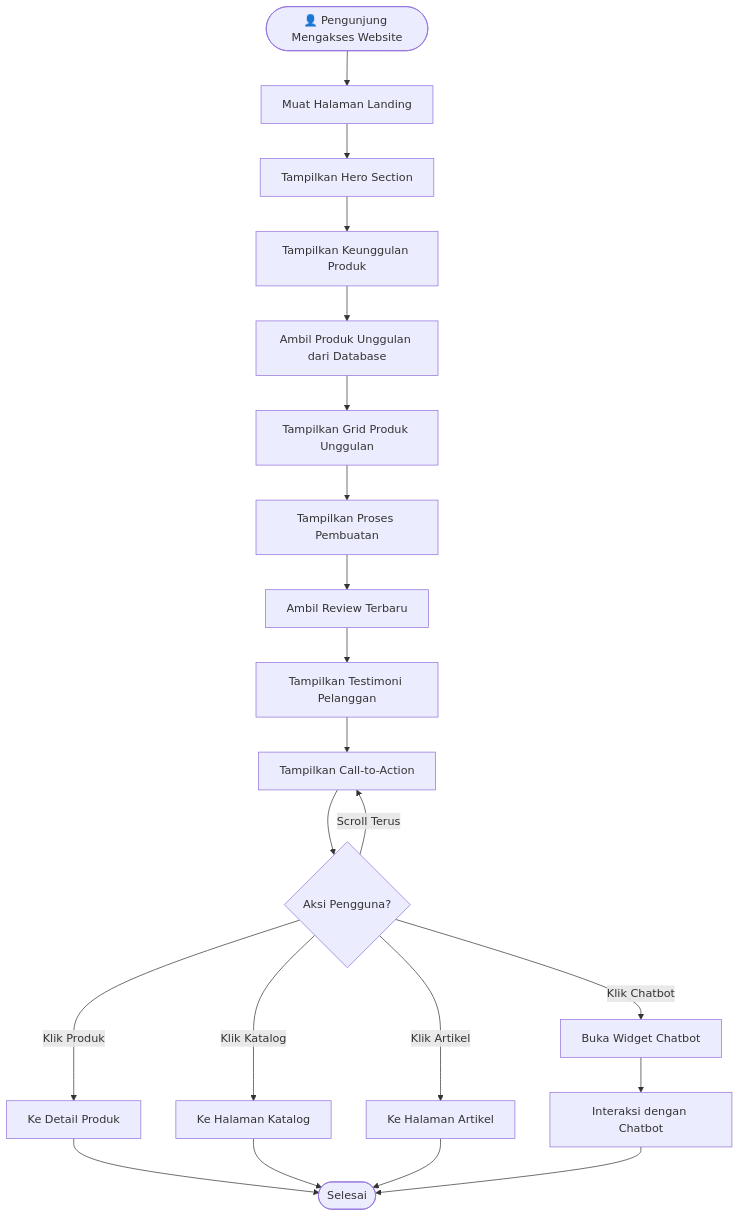
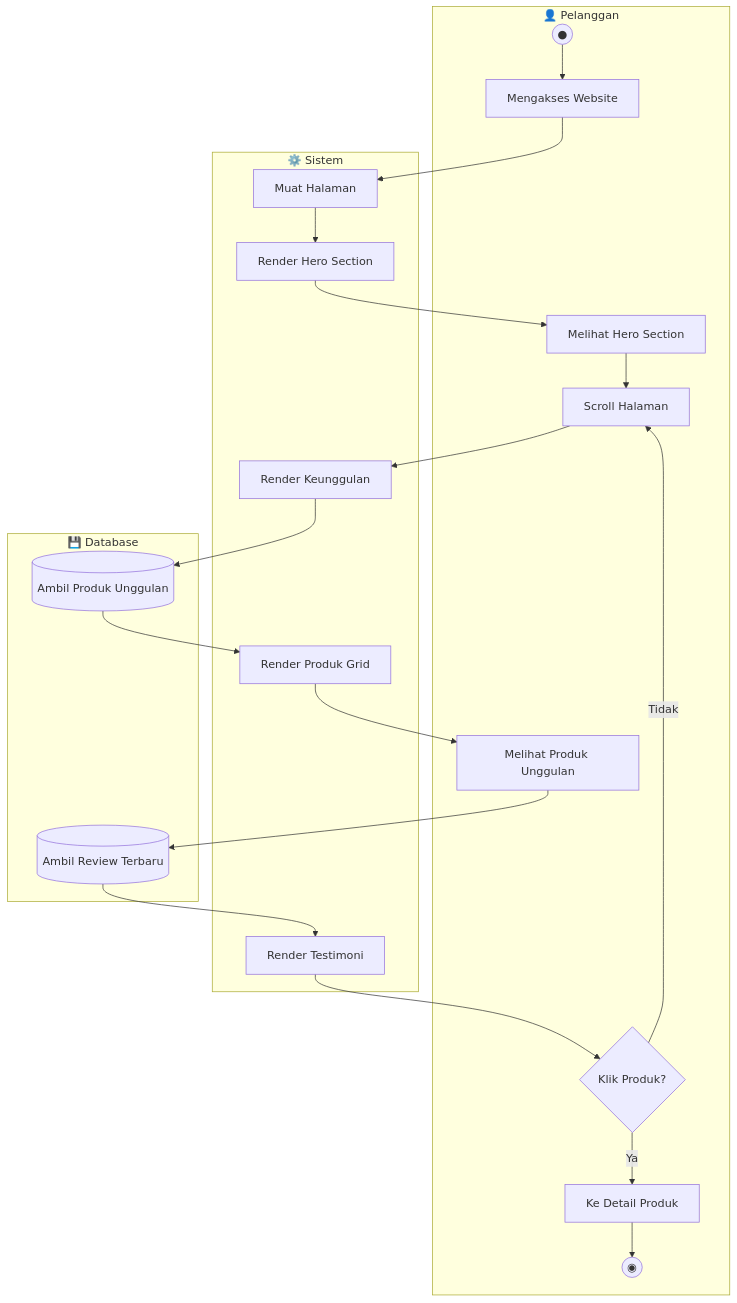
Before and after one commit to mustarisyahding07-spec/WEBSITE_SKRIPSI_MUSTARI: the first of 17 diagrams in docs/ACTIVITY_DIAGRAMS.md, drawn with Mermaid. The commit also changed other lines of this file, not shown here.

Commit message:
docs: update activity diagrams with swimlane format

````diff
--- a/docs/ACTIVITY_DIAGRAMS.md
+++ b/docs/ACTIVITY_DIAGRAMS.md
@@ -40,25 +40,42 @@
 ```mermaid
 flowchart TD
-    Start([👤 Pengunjung Mengakses Website]) --> LoadPage[Muat Halaman Landing]
-    LoadPage --> DisplayHero[Tampilkan Hero Section]
-    DisplayHero --> DisplayFeatures[Tampilkan Keunggulan Produk]
-    DisplayFeatures --> LoadProducts[Ambil Produk Unggulan dari Database]
-    LoadProducts --> DisplayProducts[Tampilkan Grid Produk Unggulan]
-    DisplayProducts --> DisplayProcess[Tampilkan Proses Pembuatan]
-    DisplayProcess --> LoadReviews[Ambil Review Terbaru]
-    LoadReviews --> DisplayTestimonial[Tampilkan Testimoni Pelanggan]
-    DisplayTestimonial --> DisplayCTA[Tampilkan Call-to-Action]
-    DisplayCTA --> UserAction{Aksi Pengguna?}
+    subgraph Pelanggan["👤 Pelanggan"]
+        P1((●))
+        P2[Mengakses Website]
+        P3[Melihat Hero Section]
+        P4[Scroll Halaman]
+        P5[Melihat Produk Unggulan]
+        P6{Klik Produk?}
+        P7[Ke Detail Produk]
+        P8((◉))
+    end
     
-    UserAction -->|Klik Produk| ProductDetail[Ke Detail Produk]
-    UserAction -->|Klik Katalog| Catalog[Ke Halaman Katalog]
-    UserAction -->|Klik Artikel| Articles[Ke Halaman Artikel]
-    UserAction -->|Scroll Terus| DisplayCTA
-    UserAction -->|Klik Chatbot| OpenChatbot[Buka Widget Chatbot]
+    subgraph Sistem["⚙️ Sistem"]
+        S1[Muat Halaman]
+        S2[Render Hero Section]
+        S3[Render Keunggulan]
+        S4[Render Produk Grid]
+        S5[Render Testimoni]
+    end
     
-    ProductDetail --> End([Selesai])
-    Catalog --> End
-    Articles --> End
-    OpenChatbot --> ChatInteraction[Interaksi dengan Chatbot]
-    ChatInteraction --> End
+    subgraph Database["💾 Database"]
+        D1[(Ambil Produk Unggulan)]
+        D2[(Ambil Review Terbaru)]
+    end
+    
+    P1 --> P2
+    P2 --> S1
+    S1 --> S2
+    S2 --> P3
+    P3 --> P4
+    P4 --> S3
+    S3 --> D1
+    D1 --> S4
+    S4 --> P5
+    P5 --> D2
+    D2 --> S5
+    S5 --> P6
+    P6 -->|Ya| P7
+    P6 -->|Tidak| P4
+    P7 --> P8
 ```
````
